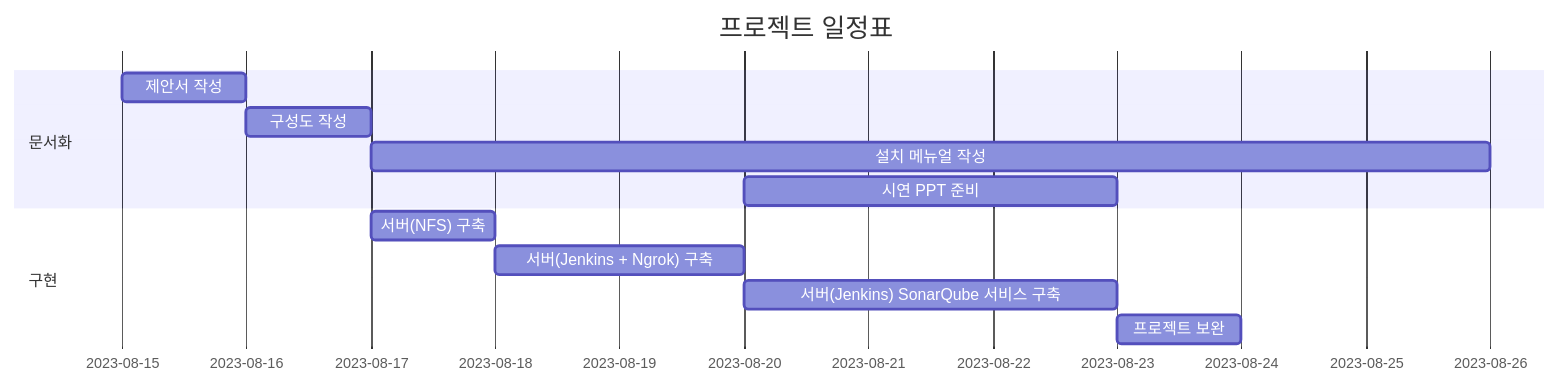
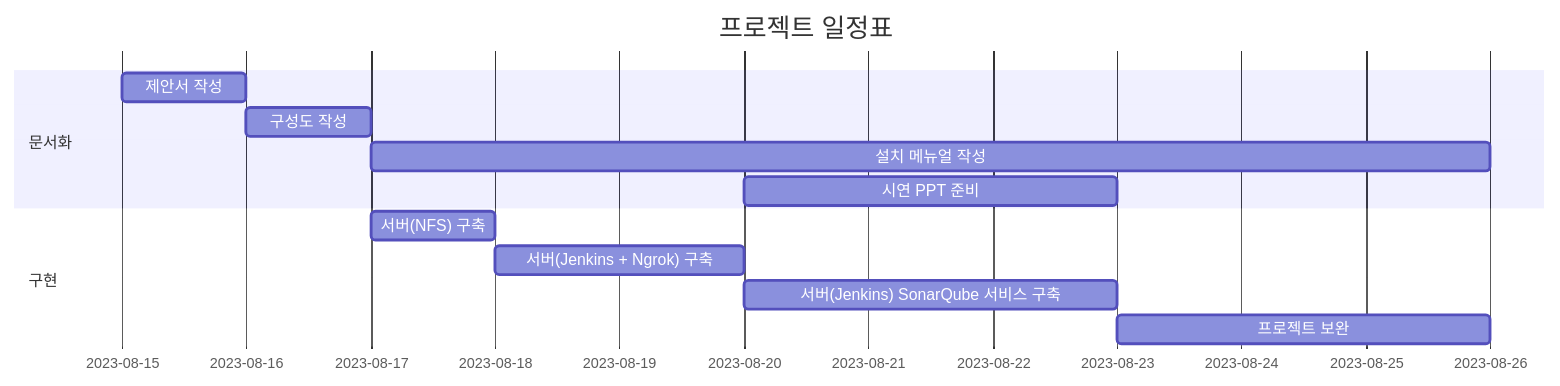
The diagram in README.md (KimJeongHoon190/First_Project), drawn with Mermaid before and after one commit.

````diff
--- a/README.md
+++ b/README.md
@@ -3,17 +3,17 @@
 ```mermaid
 gantt
     title 프로젝트 일정표
     dateFormat  YYYY-MM-DD
     section 문서화
     제안서 작성 : a1, 2023-08-15, 1d
     구성도 작성 : after a1, 1d
     설치 메뉴얼 작성 : after a1, 2023-08-17, 9d
     시연 PPT 준비 : after a1, 2023-08-20, 3d
    
 
     section 구현
     서버(NFS) 구축 : b1, 2023-08-17, 1d
     서버(Jenkins + Ngrok) 구축 : after b1, 2d
     서버(Jenkins) SonarQube 서비스 구축 : b3, 2023-08-20, 3d
-    프로젝트 보완 : after b3, 1d
+    프로젝트 보완 : after b3, 3d
 ```
````
